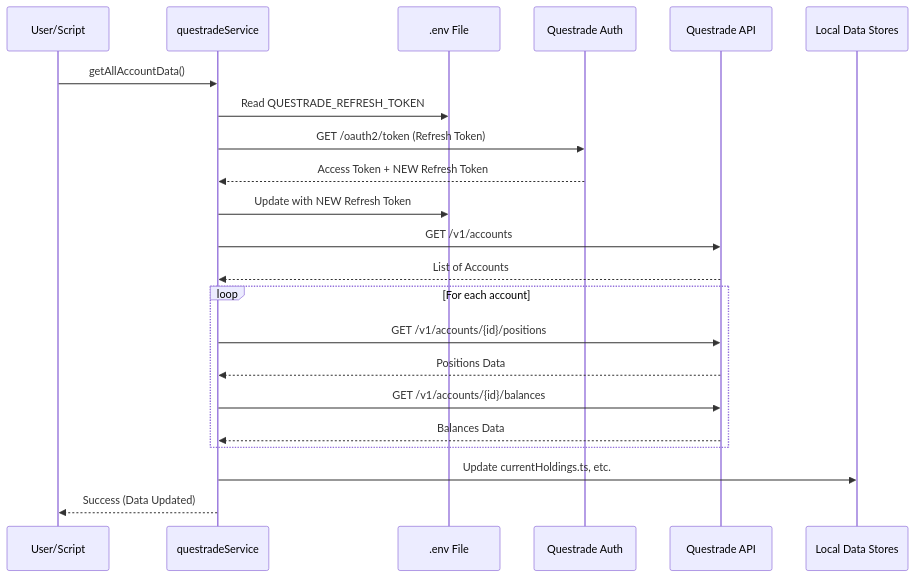
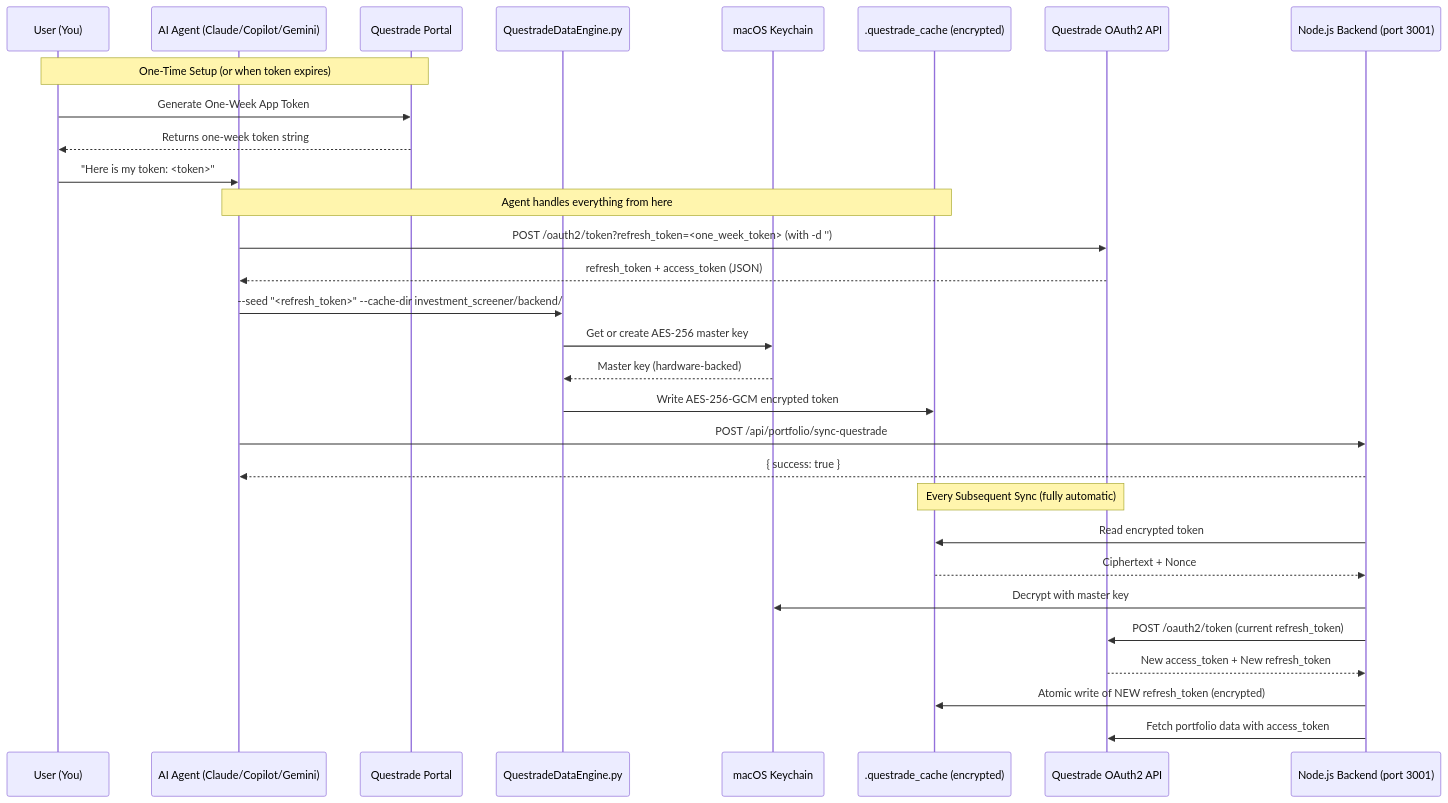
One commit to richfrem/InvestmentToolkit changed the diagram in docs/architecture/Questrade/sequence_diagram.mmd. Above: the diagram before and after it, drawn with Mermaid. The commit also changed 14 other files, not shown here.

First line of the commit message:
docs: update Questrade token protocol, diagrams, and agent context files

```diff
--- a/docs/architecture/Questrade/sequence_diagram.mmd
+++ b/docs/architecture/Questrade/sequence_diagram.mmd
@@ -1,26 +1,33 @@
 sequenceDiagram
-    participant User as User/Script
-    participant Service as questradeService
-    participant Env as .env File
-    participant QA as Questrade Auth
-    participant QAPI as Questrade API
-    participant Store as Local Data Stores
+    participant User as User (You)
+    participant Agent as AI Agent (Claude/Copilot/Gemini)
+    participant Portal as Questrade Portal
+    participant Engine as QuestradeDataEngine.py
+    participant KC as macOS Keychain
+    participant Cache as .questrade_cache (encrypted)
+    participant API as Questrade OAuth2 API
+    participant Backend as Node.js Backend (port 3001)
 
-    User->>Service: getAllAccountData()
-    Service->>Env: Read QUESTRADE_REFRESH_TOKEN
-    Service->>QA: GET /oauth2/token (Refresh Token)
-    QA-->>Service: Access Token + NEW Refresh Token
-    Service->>Env: Update with NEW Refresh Token
-    
-    Service->>QAPI: GET /v1/accounts
-    QAPI-->>Service: List of Accounts
-    
-    loop For each account
-        Service->>QAPI: GET /v1/accounts/{id}/positions
-        QAPI-->>Service: Positions Data
-        Service->>QAPI: GET /v1/accounts/{id}/balances
-        QAPI-->>Service: Balances Data
-    end
-    
-    Service->>Store: Update currentHoldings.ts, etc.
-    Service-->>User: Success (Data Updated)
+    Note over User, Portal: One-Time Setup (or when token expires)
+    User->>Portal: Generate One-Week App Token
+    Portal-->>User: Returns one-week token string
+    User->>Agent: "Here is my token: <token>"
+
+    Note over Agent, Cache: Agent handles everything from here
+    Agent->>API: POST /oauth2/token?refresh_token=<one_week_token> (with -d '')
+    API-->>Agent: refresh_token + access_token (JSON)
+    Agent->>Engine: --seed "<refresh_token>" --cache-dir investment_screener/backend/
+    Engine->>KC: Get or create AES-256 master key
+    KC-->>Engine: Master key (hardware-backed)
+    Engine->>Cache: Write AES-256-GCM encrypted token
+    Agent->>Backend: POST /api/portfolio/sync-questrade
+    Backend-->>Agent: { success: true }
+
+    Note over Cache, API: Every Subsequent Sync (fully automatic)
+    Backend->>Cache: Read encrypted token
+    Cache-->>Backend: Ciphertext + Nonce
+    Backend->>KC: Decrypt with master key
+    Backend->>API: POST /oauth2/token (current refresh_token)
+    API-->>Backend: New access_token + New refresh_token
+    Backend->>Cache: Atomic write of NEW refresh_token (encrypted)
+    Backend->>API: Fetch portfolio data with access_token
```
